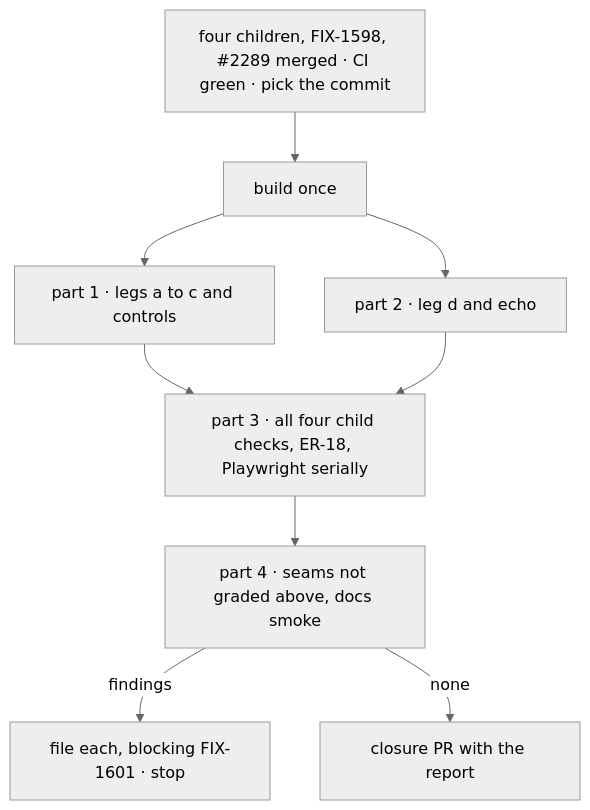
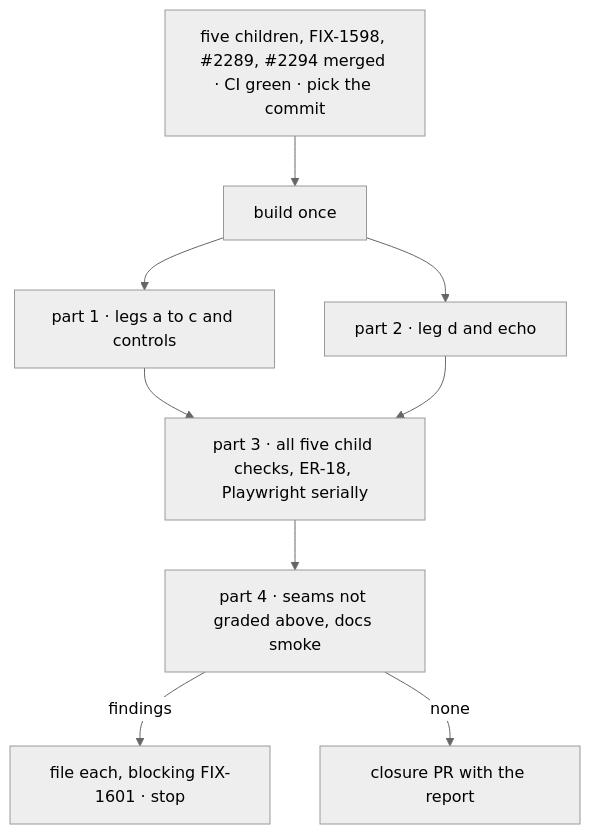
One commit to fixpoint-labs/flow-state-dev changed the diagram in specs/issues/FIX-1601/PLAN.md. Above: the diagram before and after it, drawn with Mermaid (neutral theme). The commit also changed other lines of this file and 14 other files, not shown here.

````diff
--- a/specs/issues/FIX-1601/PLAN.md
+++ b/specs/issues/FIX-1601/PLAN.md
@@ -19,11 +20,11 @@
 ```mermaid
 flowchart TD
-  M["four children, FIX-1598, #2289 merged · CI green · pick the commit"] --> B["build once"]
+  M["five children, FIX-1598, #2289, #2294 merged · CI green · pick the commit"] --> B["build once"]
   B --> P1["part 1 · legs a to c and controls"]
   B --> P2["part 2 · leg d and echo"]
-  P1 --> P3["part 3 · all four child checks, ER-18, Playwright serially"]
+  P1 --> P3["part 3 · all five child checks, ER-18, Playwright serially"]
   P2 --> P3
   P3 --> P4["part 4 · seams not graded above, docs smoke"]
   P4 -->|"findings"| F["file each, blocking FIX-1601 · stop"]
   P4 -->|"none"| PR["closure PR with the report"]
 ```
````
